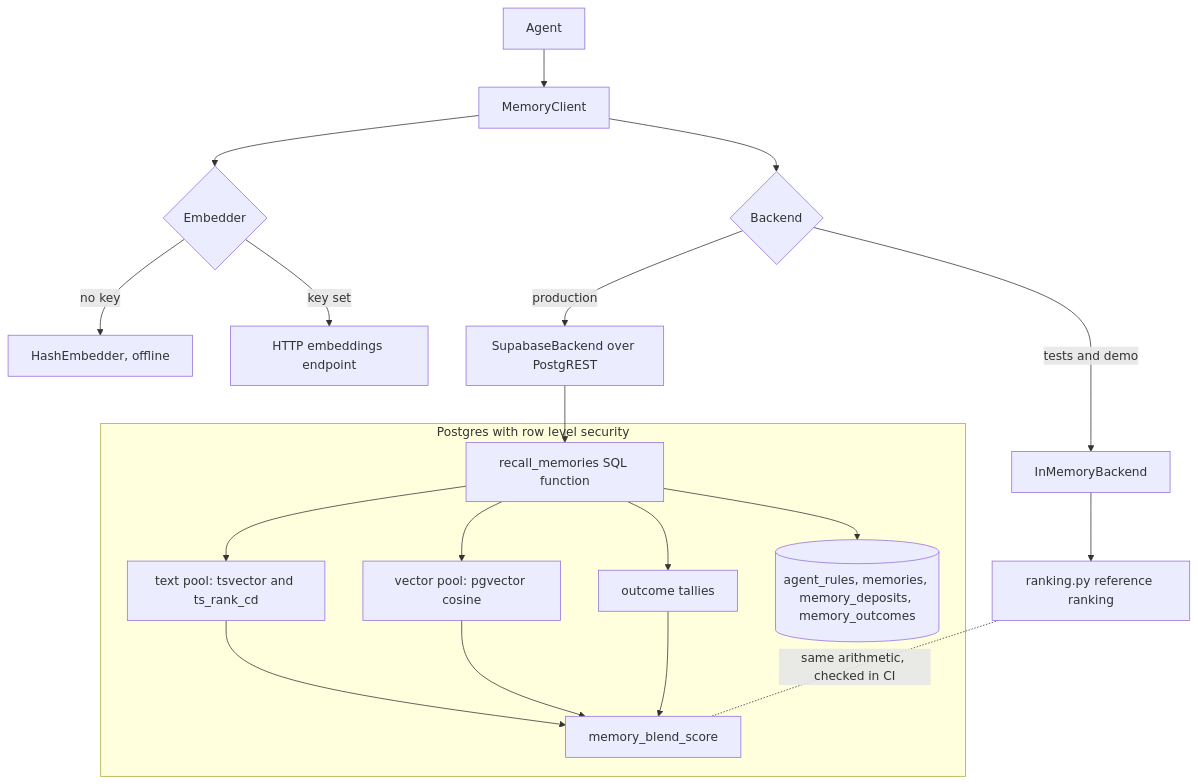
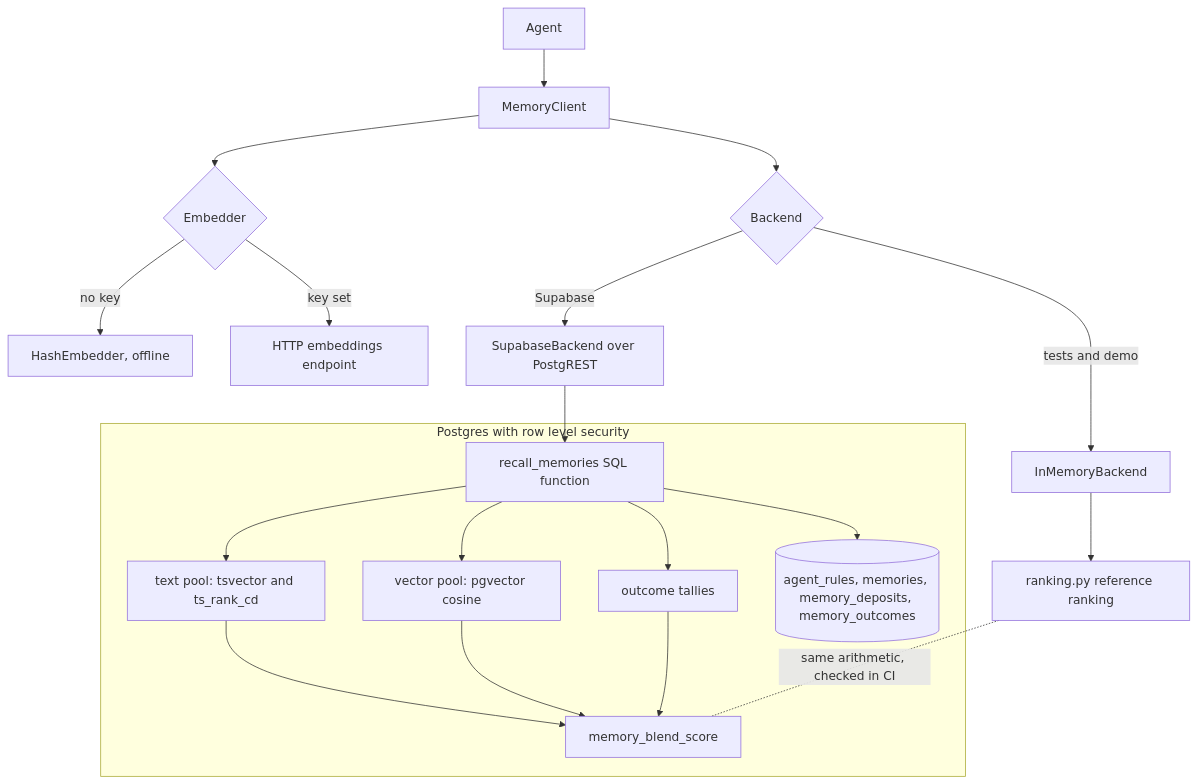
One commit to midcityhandyman/agent-memory-supabase changed the diagram in README.md. Above: the diagram before and after it, drawn with Mermaid. The commit also changed other lines of this file and 12 other files, not shown here.

First line of the commit message:
Client-eye pass: clearer README, crowded-index recall fix, PostgREST tests

````diff
--- a/README.md
+++ b/README.md
@@ -52,28 +103,28 @@
 ```mermaid
 flowchart TD
     A[Agent] --> C[MemoryClient]
     C --> E{Embedder}
     E -->|no key| H[HashEmbedder, offline]
     E -->|key set| X[HTTP embeddings endpoint]
     C --> B{Backend}
     B -->|tests and demo| M[InMemoryBackend]
-    B -->|production| S[SupabaseBackend over PostgREST]
+    B -->|Supabase| S[SupabaseBackend over PostgREST]
     M --> R[ranking.py reference ranking]
     S --> F[recall_memories SQL function]
     F --> T1[text pool: tsvector and ts_rank_cd]
     F --> T2[vector pool: pgvector cosine]
     F --> T3[outcome tallies]
     T1 --> K[memory_blend_score]
     T2 --> K
     T3 --> K
     R -. "same arithmetic, checked in CI" .- K
     subgraph PG["Postgres with row level security"]
         F
         T1
         T2
         T3
         K
         D[(agent_rules, memories, memory_deposits, memory_outcomes)]
     end
     F --> D
 ```
````
